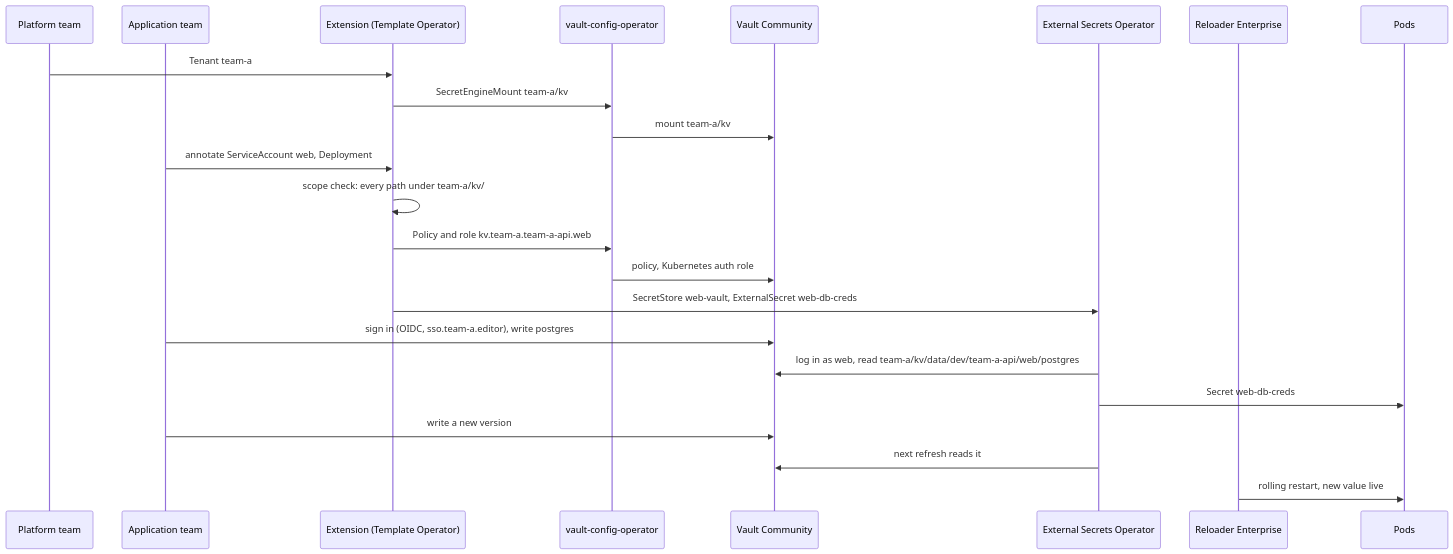
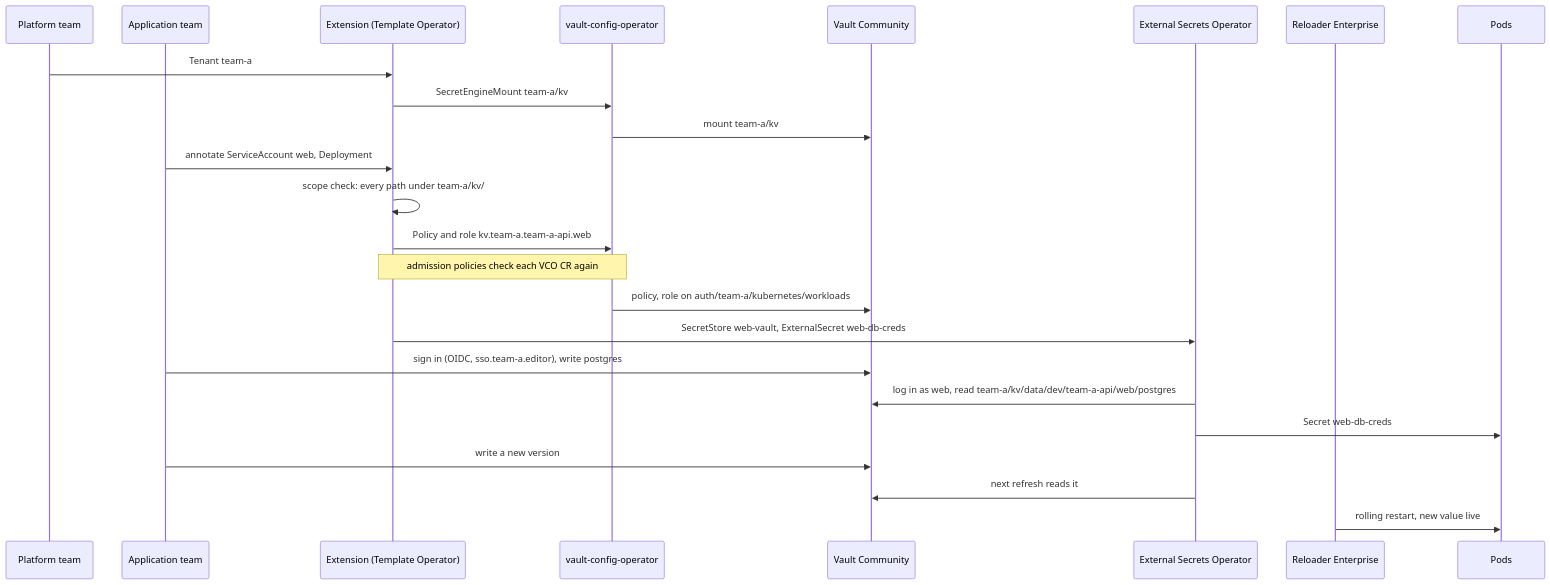
One commit to stakater/mto-extension-vault-community changed the fourth of 6 diagrams in docs/diagrams.md. Above: the diagram before and after it, drawn with Mermaid. The commit also changed other lines of this file and 77 other files, not shown here.

````diff
--- a/docs/diagrams.md
+++ b/docs/diagrams.md
@@ -89,25 +94,26 @@
 ```mermaid
 sequenceDiagram
   participant PT as Platform team
   participant AT as Application team
   participant EXT as Extension (Template Operator)
   participant VCO as vault-config-operator
   participant V as Vault Community
   participant ESO as External Secrets Operator
   participant R as Reloader Enterprise
   participant P as Pods
   PT->>EXT: Tenant team-a
   EXT->>VCO: SecretEngineMount team-a/kv
   VCO->>V: mount team-a/kv
   AT->>EXT: annotate ServiceAccount web, Deployment
   EXT->>EXT: scope check: every path under team-a/kv/
   EXT->>VCO: Policy and role kv.team-a.team-a-api.web
-  VCO->>V: policy, Kubernetes auth role
+  Note over EXT,VCO: admission policies check each VCO CR again
+  VCO->>V: policy, role on auth/team-a/kubernetes/workloads
   EXT->>ESO: SecretStore web-vault, ExternalSecret web-db-creds
   AT->>V: sign in (OIDC, sso.team-a.editor), write postgres
   ESO->>V: log in as web, read team-a/kv/data/dev/team-a-api/web/postgres
   ESO->>P: Secret web-db-creds
   AT->>V: write a new version
   ESO->>V: next refresh reads it
   R->>P: rolling restart, new value live
 ```
````
